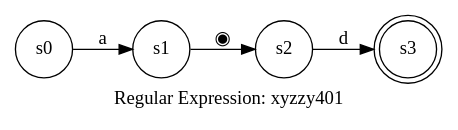
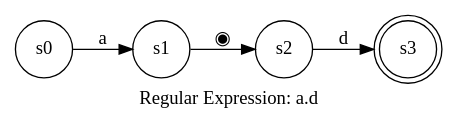
Before and after one commit to pschlump/lexie: the diagram in ref/nfa_0016.gv, drawn with Graphviz. The commit also changed 70 other files, not shown here.

```diff
--- a/ref/nfa_0016.gv
+++ b/ref/nfa_0016.gv
@@ -1,10 +1,10 @@
 digraph finite_state_machine {
-	label="Regular Expression: xyzzy401";
+	label="Regular Expression: a.d";
 	rankdir=LR;
 	size="8,5"
 	node [shape = doublecircle]; s3;
 	node [shape = circle];
 	s0 -> s1 [ label = "a" ];
 	s1 -> s2 [ label = "◉" ];
 	s2 -> s3 [ label = "d" ];
 }
```
